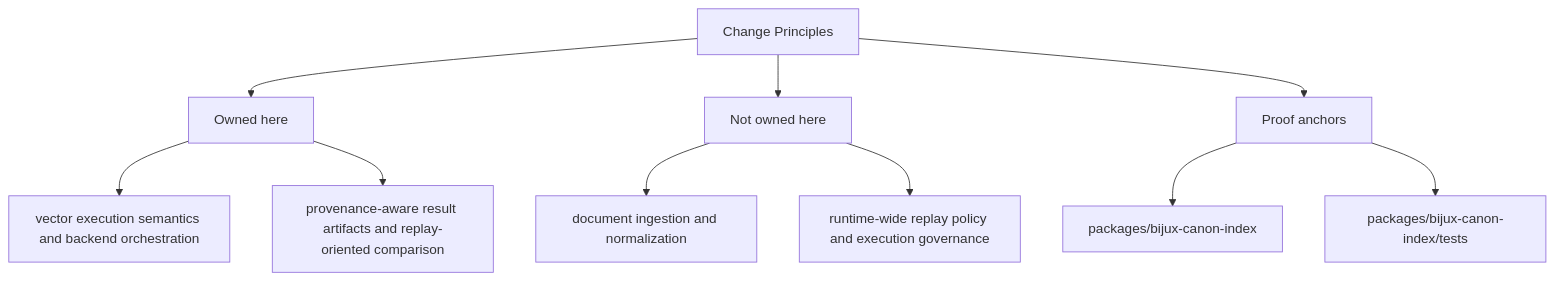
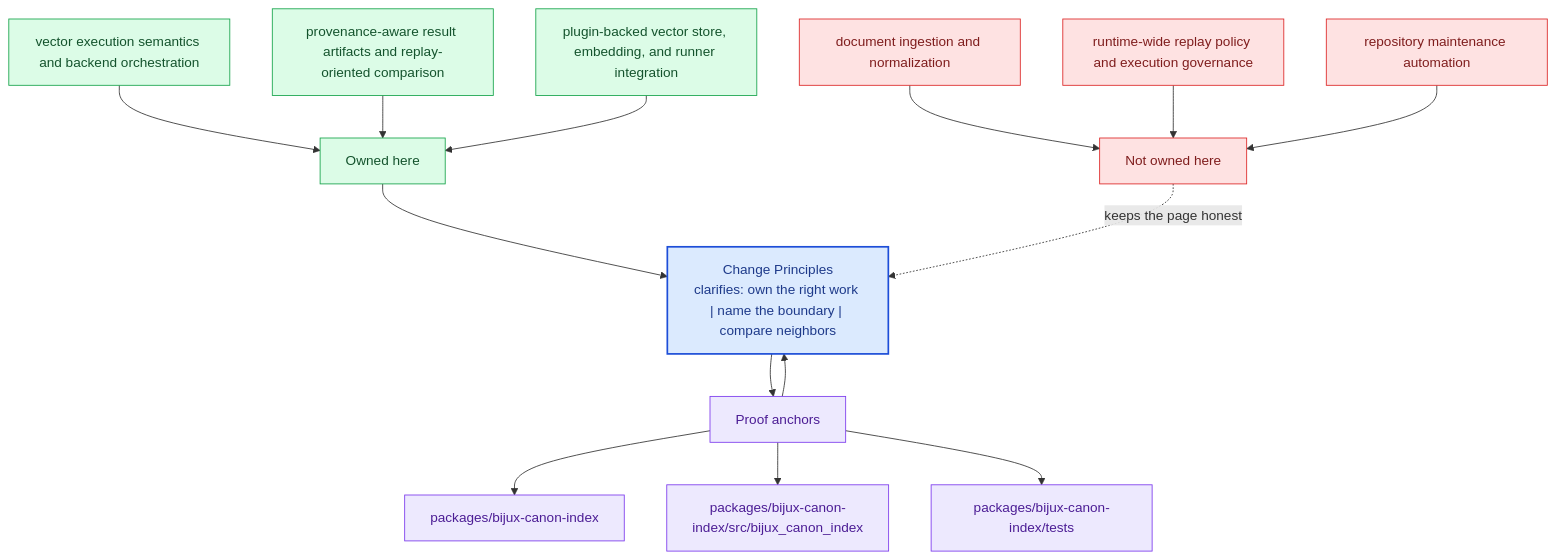
The second of 2 diagrams in docs/bijux-canon-index/foundation/change-principles.md (bijux/bijux-canon), drawn with Mermaid before and after one commit. The commit also changed other lines of this file and 281 other files, not shown here.

Commit message:
docs(diagrams): deepen handbook mermaid maps across the catalog

````diff
--- a/docs/bijux-canon-index/foundation/change-principles.md
+++ b/docs/bijux-canon-index/foundation/change-principles.md
@@ -36,22 +69,40 @@
 ```mermaid
-flowchart TD
-    page["Change Principles"]
+flowchart TB
+    promise["Change Principles<br/>clarifies: own the right work | name the boundary | compare neighbors"]
+    classDef promise fill:#dbeafe,stroke:#1d4ed8,color:#1e3a8a,stroke-width:2px;
+    classDef driver fill:#dcfce7,stroke:#16a34a,color:#14532d;
+    classDef constraint fill:#fee2e2,stroke:#dc2626,color:#7f1d1d;
+    classDef ground fill:#ede9fe,stroke:#7c3aed,color:#4c1d95;
     focus1["Owned here"]
-    page --> focus1
+    focus1 --> promise
     focus1_1["vector execution semantics and backend orchestration"]
-    focus1 --> focus1_1
+    focus1_1 --> focus1
     focus1_2["provenance-aware result artifacts and replay-oriented comparison"]
-    focus1 --> focus1_2
+    focus1_2 --> focus1
+    focus1_3["plugin-backed vector store, embedding, and runner integration"]
+    focus1_3 --> focus1
+    class focus1 driver;
+    class focus1_1,focus1_2,focus1_3 driver;
     focus2["Not owned here"]
-    page --> focus2
+    focus2 -.keeps the page honest.-> promise
     focus2_1["document ingestion and normalization"]
-    focus2 --> focus2_1
+    focus2_1 --> focus2
     focus2_2["runtime-wide replay policy and execution governance"]
-    focus2 --> focus2_2
+    focus2_2 --> focus2
+    focus2_3["repository maintenance automation"]
+    focus2_3 --> focus2
+    class focus2 constraint;
+    class focus2_1,focus2_2,focus2_3 constraint;
     focus3["Proof anchors"]
-    page --> focus3
+    focus3 --> promise
+    promise --> focus3
     focus3_1["packages/bijux-canon-index"]
     focus3 --> focus3_1
-    focus3_2["packages/bijux-canon-index/tests"]
+    focus3_2["packages/bijux-canon-index/src/bijux_canon_index"]
     focus3 --> focus3_2
+    focus3_3["packages/bijux-canon-index/tests"]
+    focus3 --> focus3_3
+    class focus3 ground;
+    class focus3_1,focus3_2,focus3_3 ground;
+    class promise promise;
 ```
````
